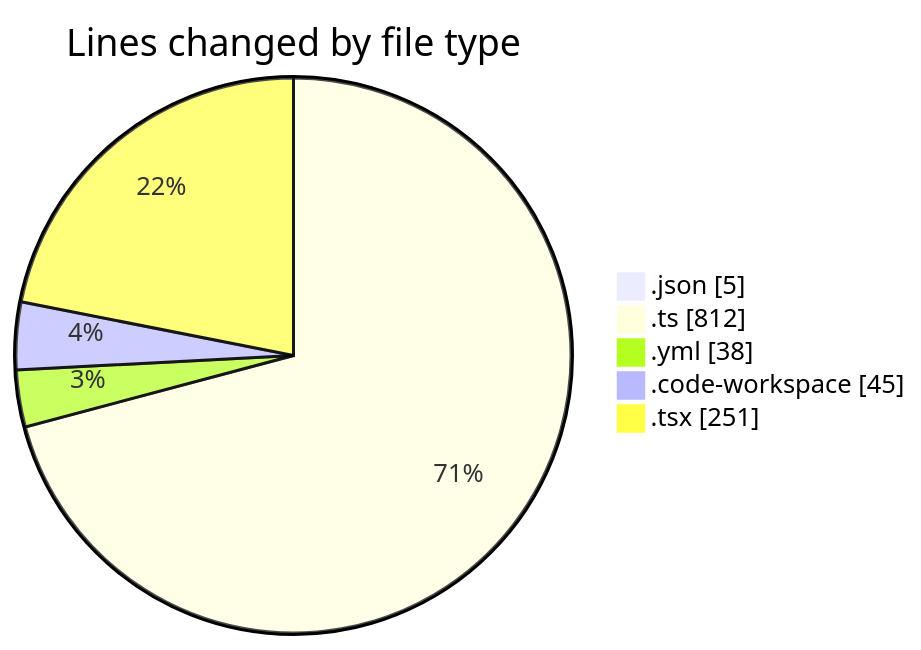
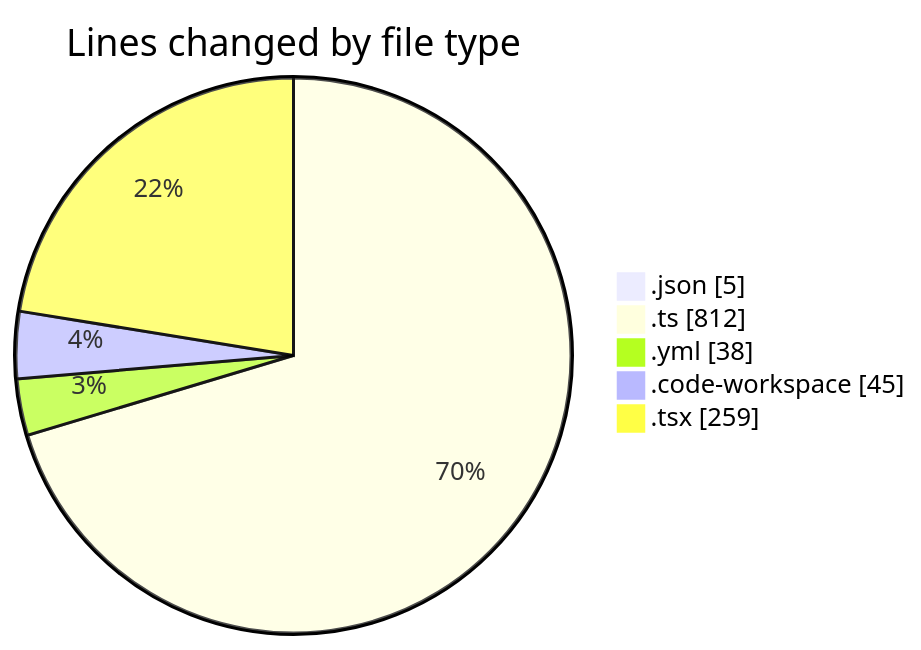
Before and after one commit to julien-gomy/code-tracking: the first of 2 diagrams in 2025-11-25/eventscop-frontend-guide__workspace_/README.md, drawn with Mermaid. The commit also changed other lines of this file and 1 other file, not shown here.

````diff
--- a/2025-11-25/eventscop-frontend-guide__workspace_/README.md
+++ b/2025-11-25/eventscop-frontend-guide__workspace_/README.md
@@ -25,9 +25,9 @@
 ```mermaid
 pie showData
 title Lines changed by file type
 ".json" : 5
 ".ts" : 812
 ".yml" : 38
 ".code-workspace" : 45
-".tsx" : 251
+".tsx" : 259
 ```
````
